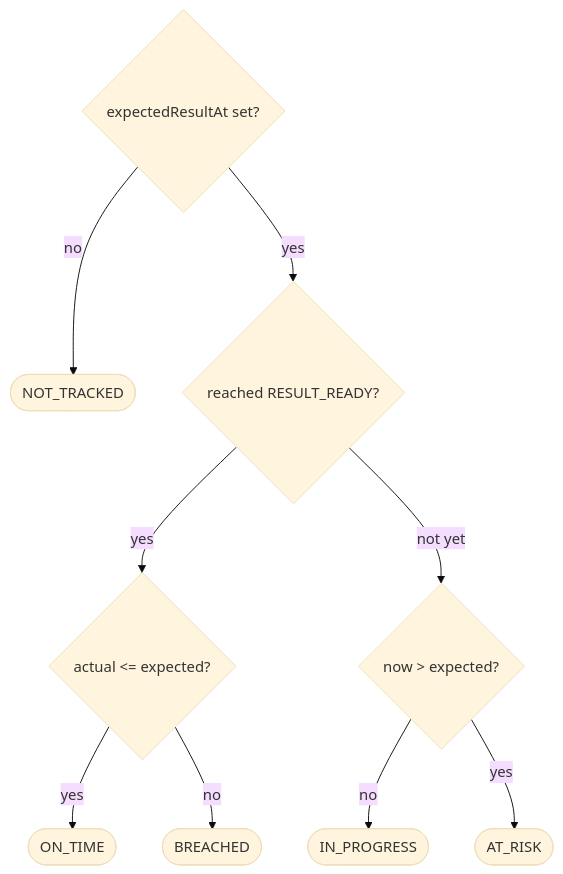
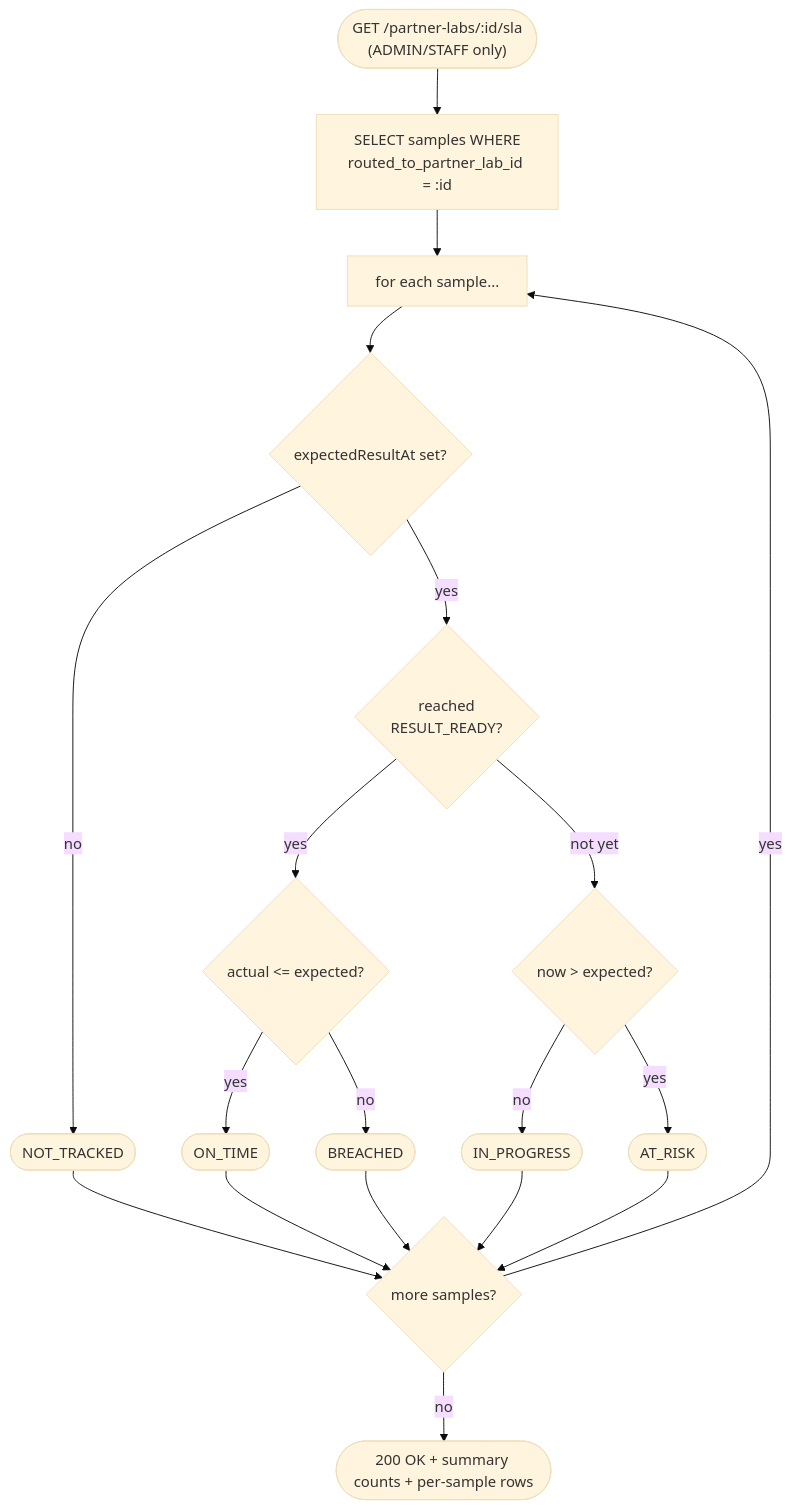
Before and after one commit to revanthvelaga/2026-VRK-Arogya: the second of 4 diagrams in flows/10-partner-lab-routing-flow.md, drawn with Mermaid (base theme). The commit also changed other lines of this file and 6 other files, not shown here.

First line of the commit message:
docs: replace flow docs' primary diagram with a start-to-end flowchart

````diff
--- a/flows/10-partner-lab-routing-flow.md
+++ b/flows/10-partner-lab-routing-flow.md
@@ -48,11 +69,21 @@
 ```mermaid
 graph TD
-    Start{expectedResultAt set?} -->|no| NotTracked([NOT_TRACKED])
-    Start -->|yes| HasResult{reached RESULT_READY?}
-    HasResult -->|yes| Compare{actual <= expected?}
-    Compare -->|yes| OnTime([ON_TIME])
-    Compare -->|no| Breached([BREACHED])
-    HasResult -->|not yet| NowCheck{now > expected?}
-    NowCheck -->|no| InProgress([IN_PROGRESS])
-    NowCheck -->|yes| AtRisk([AT_RISK])
+    Start(["GET /partner-labs/:id/sla<br/>(ADMIN/STAFF only)"]) --> Fetch["SELECT samples WHERE<br/>routed_to_partner_lab_id = :id"]
+    Fetch --> Loop["for each sample..."]
+    Loop --> HasTarget{"expectedResultAt set?"}
+    HasTarget -->|no| NotTracked(["NOT_TRACKED"])
+    HasTarget -->|yes| Reached{"reached<br/>RESULT_READY?"}
+    Reached -->|yes| Compare{"actual <= expected?"}
+    Compare -->|yes| OnTime(["ON_TIME"])
+    Compare -->|no| Breached(["BREACHED"])
+    Reached -->|"not yet"| NowCmp{"now > expected?"}
+    NowCmp -->|no| InProgress(["IN_PROGRESS"])
+    NowCmp -->|yes| AtRisk(["AT_RISK"])
+    NotTracked --> More{"more samples?"}
+    OnTime --> More
+    Breached --> More
+    InProgress --> More
+    AtRisk --> More
+    More -->|yes| Loop
+    More -->|no| E200(["200 OK + summary counts + per-sample rows"])
 ```
````
